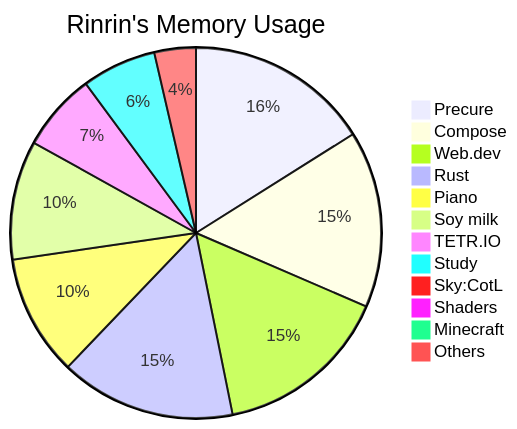
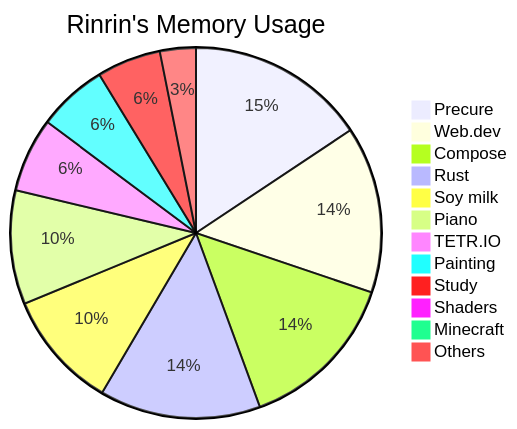
Before and after one commit to Rinrin0413/Rinrin0413: the diagram in README.md, drawn with Mermaid.

Commit message:
🛠 Update: Rinrin's Memory Usage

````diff
--- a/README.md
+++ b/README.md
@@ -77,15 +77,15 @@
 ```mermaid
 pie title Rinrin's Memory Usage
-    "Precure": 603
-    "Compose": 579
-    "Web.dev": 576
-    "Rust": 575
-    "Piano": 396
-    "Soy milk": 390
-    "TETR.IO": 255
-    "Study": 244
-    "Sky:CotL": 33
+    "Precure": 619
+    "Web.dev": 575
+    "Compose": 562
+    "Rust": 556
+    "Soy milk": 408
+    "Piano": 393
+    "TETR.IO": 257
+    "Painting": 240
+    "Study": 221
     "Shaders": 30
     "Minecraft": 30
-    "Others": 136
+    "Others": 124
 ```
````
